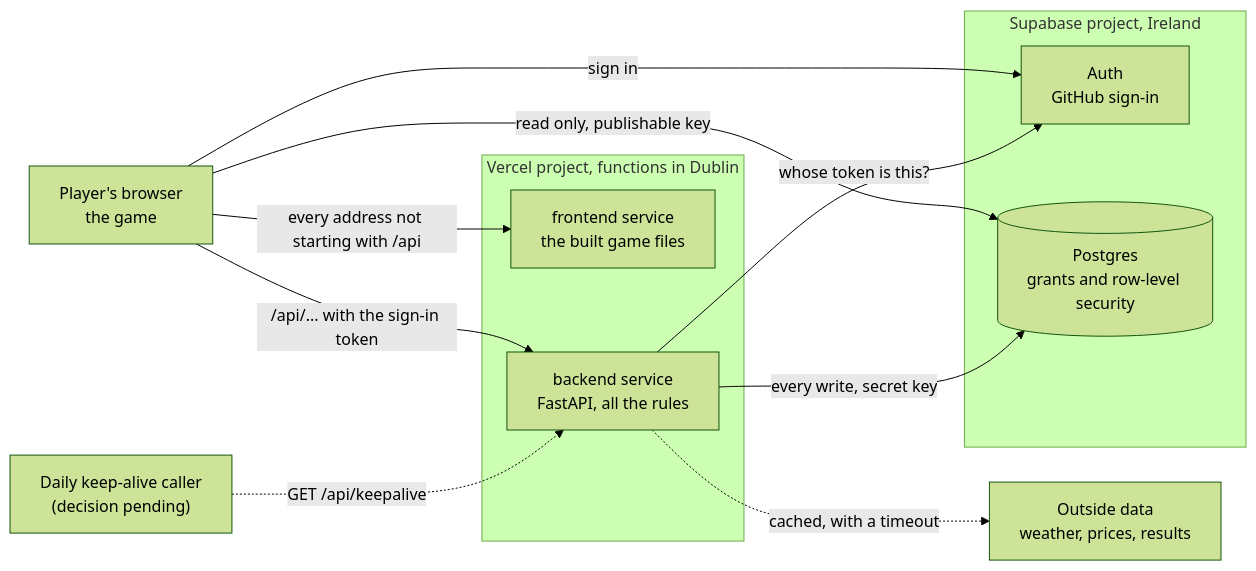
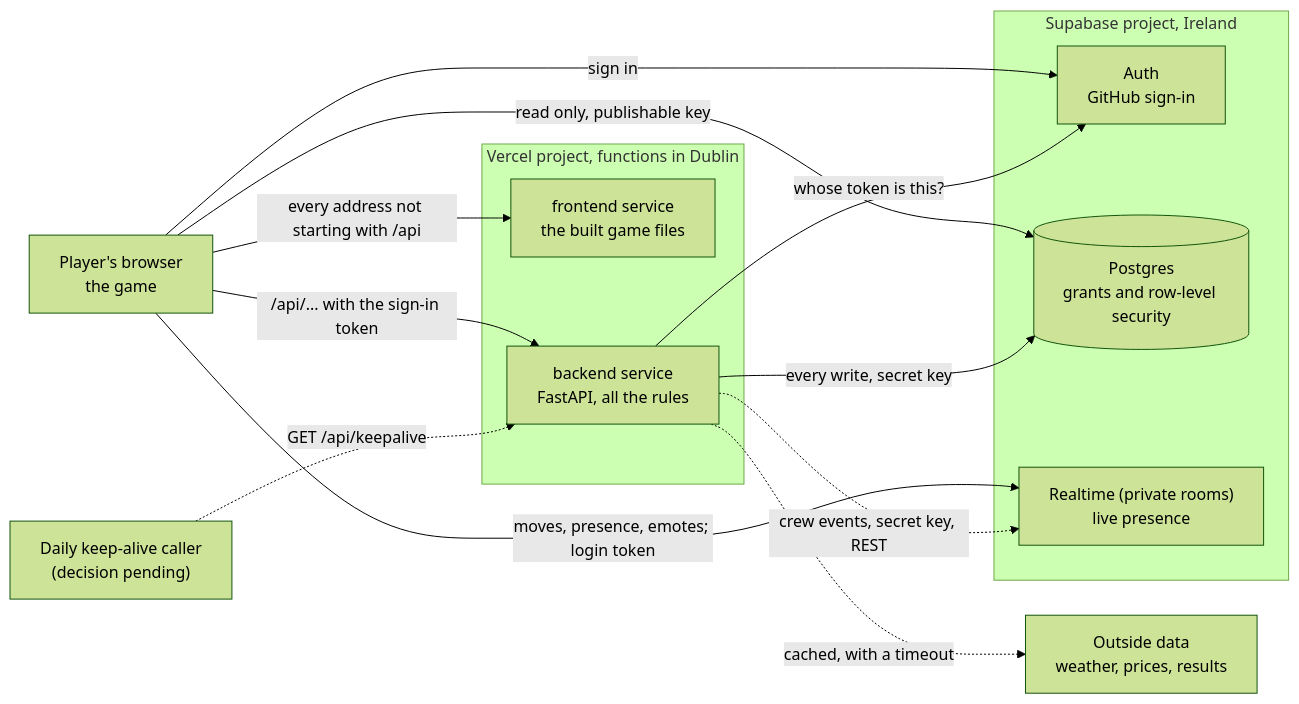
Before and after one commit to Nilsnova/The-Great-Plot-Twist: the diagram in docs/ARCHITECTURE.md, drawn with Mermaid (forest theme). The commit also changed other lines of this file and 24 other files, not shown here.

````diff
--- a/docs/ARCHITECTURE.md
+++ b/docs/ARCHITECTURE.md
@@ -21,26 +22,29 @@
 ```mermaid
 flowchart LR
   browser["Player's browser<br/>the game"]
 
   subgraph vercelProject["Vercel project, functions in Dublin"]
     frontendService["frontend service<br/>the built game files"]
     backendService["backend service<br/>FastAPI, all the rules"]
   end
 
   subgraph supabaseProject["Supabase project, Ireland"]
     authService["Auth<br/>GitHub sign-in"]
     database[("Postgres<br/>grants and row-level security")]
+    realtime["Realtime (private rooms)<br/>live presence"]
   end
 
   outside["Outside data<br/>weather, prices, results"]
   keepAliveCaller["Daily keep-alive caller<br/>(decision pending)"]
 
   browser -->|"every address not starting with /api"| frontendService
   browser -->|"/api/... with the sign-in token"| backendService
   browser -->|"sign in"| authService
   browser -->|"read only, publishable key"| database
+  browser -->|"moves, presence, emotes; login token"| realtime
   backendService -->|"whose token is this?"| authService
   backendService -->|"every write, secret key"| database
+  backendService -.->|"crew events, secret key, REST"| realtime
   backendService -.->|"cached, with a timeout"| outside
   keepAliveCaller -.->|"GET /api/keepalive"| backendService
 ```
````
